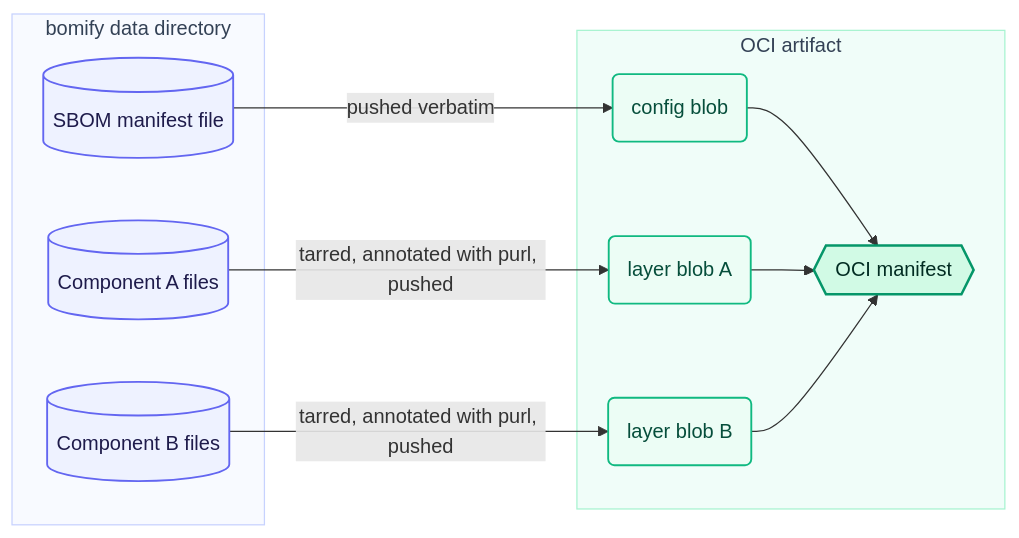
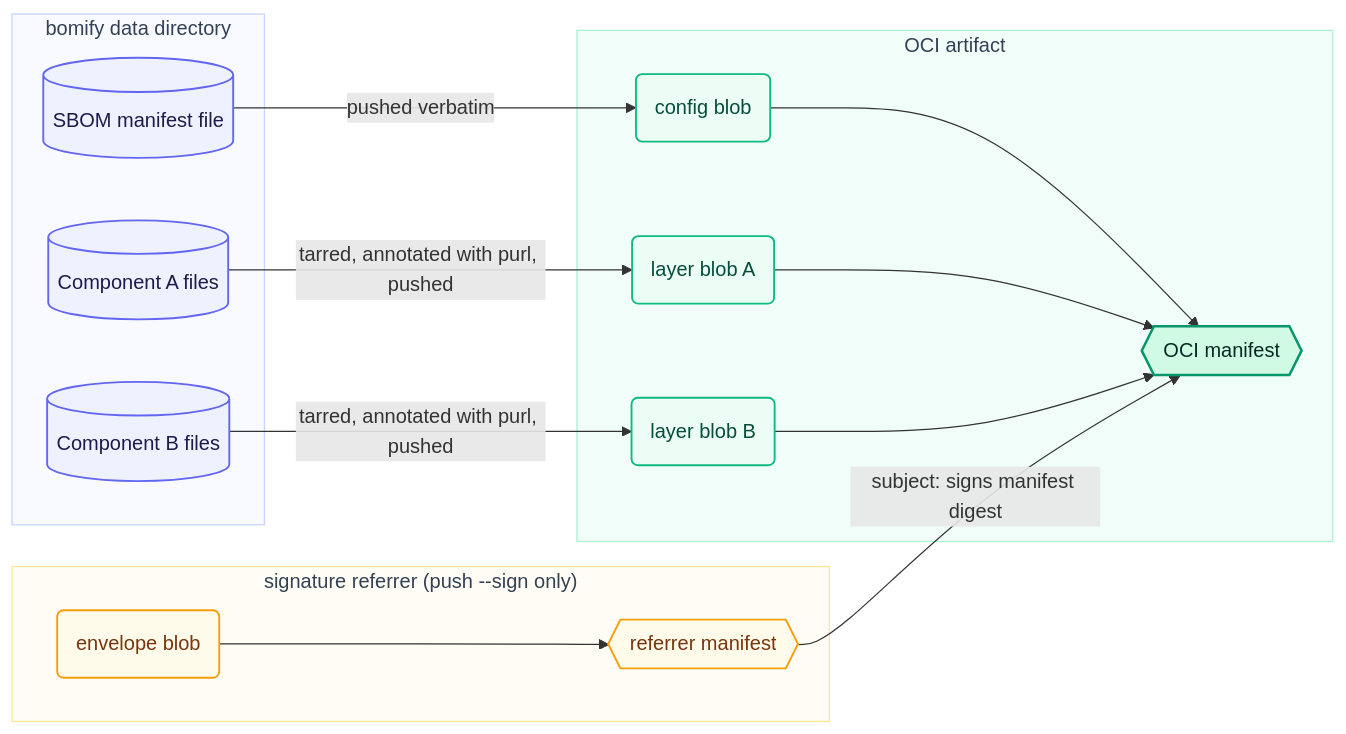
The diagram in docs/diagrams/oci-artifact.mmd (alejandro-velasco/bomify), drawn with Mermaid before and after one commit. The commit also changed 73 other files, not shown here.

First line of the commit message:
feat(signing): sign packages on push/save and verify them on pull/load

```diff
--- a/docs/diagrams/oci-artifact.mmd
+++ b/docs/diagrams/oci-artifact.mmd
@@ -1,30 +1,40 @@
 flowchart LR
     classDef local fill:#EEF2FF,stroke:#6366F1,stroke-width:1.5px,color:#1e1b4b
     classDef oci fill:#ECFDF5,stroke:#10B981,stroke-width:1.5px,color:#064e3b
     classDef ociFinal fill:#D1FAE5,stroke:#059669,stroke-width:2px,color:#022c22
+    classDef sig fill:#FFFBEB,stroke:#F59E0B,stroke-width:1.5px,color:#78350f
 
     subgraph Local["bomify data directory"]
         SBOM[("SBOM manifest file")]
         C1[("Component A files")]
         C2[("Component B files")]
     end
 
     subgraph OCI["OCI artifact"]
         Config("config blob")
         Layer1("layer blob A")
         Layer2("layer blob B")
         Manifest{{"OCI manifest"}}
     end
 
+    subgraph Referrer["signature referrer (push --sign only)"]
+        Envelope("envelope blob")
+        SigManifest{{"referrer manifest"}}
+    end
+
     SBOM -- "pushed verbatim" --> Config
     C1 -- "tarred, annotated with purl, pushed" --> Layer1
     C2 -- "tarred, annotated with purl, pushed" --> Layer2
     Config --> Manifest
     Layer1 --> Manifest
     Layer2 --> Manifest
+    Envelope --> SigManifest
+    SigManifest -- "subject: signs manifest digest" --> Manifest
 
     class SBOM,C1,C2 local
     class Config,Layer1,Layer2 oci
     class Manifest ociFinal
+    class Envelope,SigManifest sig
     style Local fill:#F8FAFF,stroke:#C7D2FE,stroke-width:1px,color:#334155
     style OCI fill:#F0FDF9,stroke:#A7F3D0,stroke-width:1px,color:#334155
+    style Referrer fill:#FFFDF5,stroke:#FDE68A,stroke-width:1px,color:#334155
```
